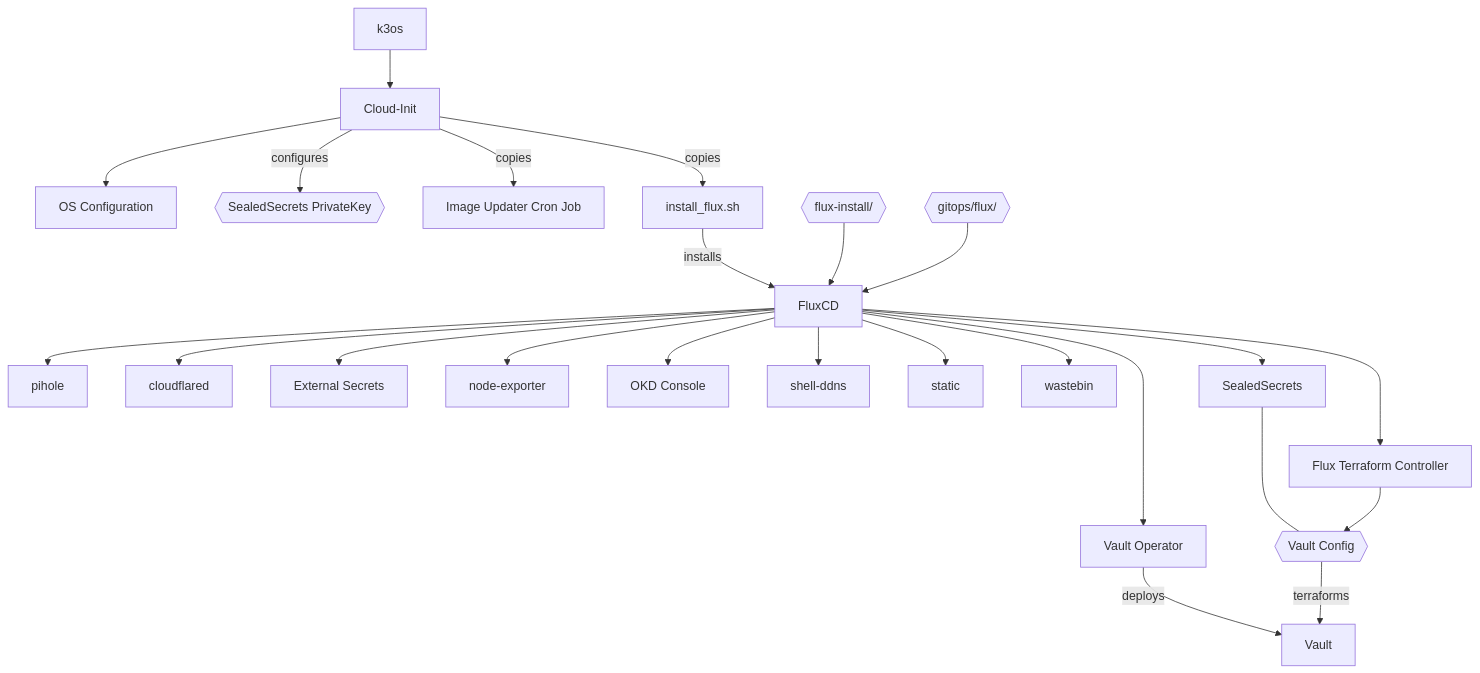
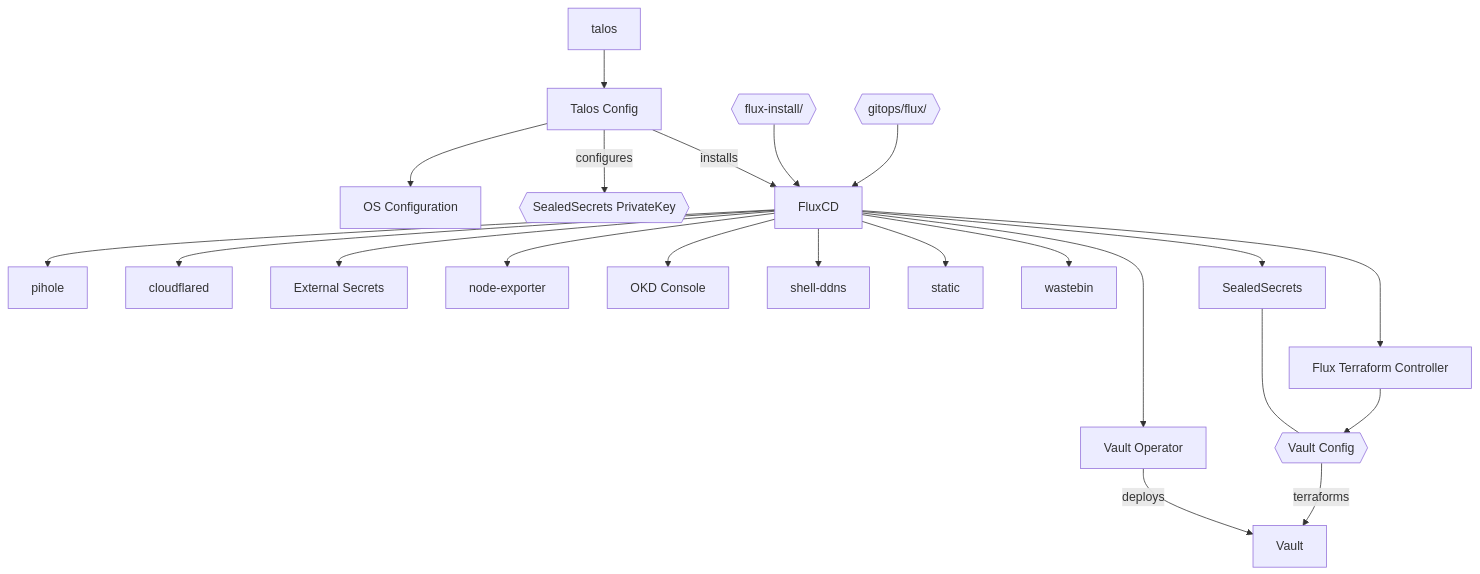
Before and after one commit to ThomasBuchinger/voodoo-gitops: the first of 2 diagrams in README.md, drawn with Mermaid. The commit also changed other lines of this file and 17 other files, not shown here.

````diff
--- a/README.md
+++ b/README.md
@@ -36,33 +27,31 @@
 ```mermaid
 flowchart TD
 
-k3os-->ci[Cloud-Init]
+talos-->conf[Talos Config]
 
-ci-->os[OS Configuration]
-ci--configures-->ss_key{{SealedSecrets PrivateKey}}
-ci--copies-->cron[Image Updater Cron Job]
-ci--copies-->install_flux[install_flux.sh]
+conf-->os[OS Configuration]
+conf--configures-->ss_key{{SealedSecrets PrivateKey}}
+conf--installs-->FluxCD
 
 repo_flux_install{{flux-install/}}
-install_flux--installs-->FluxCD
 repo_flux_install-->FluxCD
 
 repo_flux{{gitops/flux/}}-->FluxCD
 FluxCD-->pihole
 FluxCD-->cloudflared
 FluxCD-->eso[External Secrets]
 FluxCD-->node-exporter
 FluxCD-->console[OKD Console]
 FluxCD-->shell-ddns
 FluxCD-->static
 FluxCD-->wastebin
 FluxCD-->tfc[Flux Terraform Controller]
 FluxCD-->ss[SealedSecrets]
 
 FluxCD---->vaultop[Vault Operator]
 vaultop--deploys-->Vault
 ss----vaultcfg
 tfc-->vaultcfg{{Vault Config}}
 vaultcfg--terraforms-->Vault
 
 ```
````
